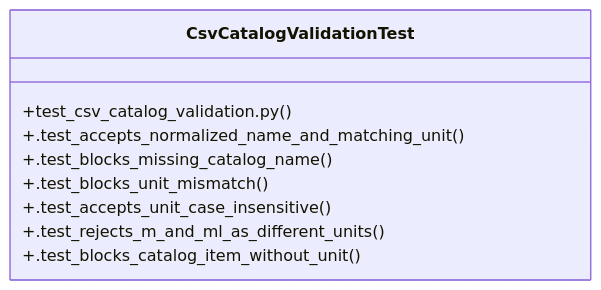
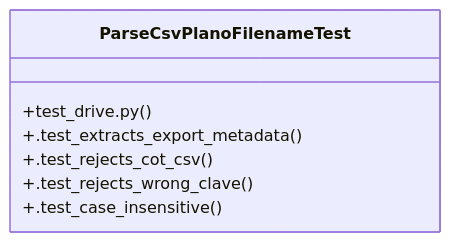
One commit to Daftrick/ProjectTracker changed the diagram in graphify-out/wiki/Community_23.md. Above: the diagram before and after it, drawn with Mermaid. The commit also changed other lines of this file and 413 other files, not shown here.

````diff
--- a/graphify-out/wiki/Community_23.md
+++ b/graphify-out/wiki/Community_23.md
@@ -24,12 +26,10 @@
 ```mermaid
 classDiagram
-    class CsvCatalogValidationTest {
-        +test_csv_catalog_validation.py()
-        +.test_accepts_normalized_name_and_matching_unit()
-        +.test_blocks_missing_catalog_name()
-        +.test_blocks_unit_mismatch()
-        +.test_accepts_unit_case_insensitive()
-        +.test_rejects_m_and_ml_as_different_units()
-        +.test_blocks_catalog_item_without_unit()
+    class ParseCsvPlanoFilenameTest {
+        +test_drive.py()
+        +.test_extracts_export_metadata()
+        +.test_rejects_cot_csv()
+        +.test_rejects_wrong_clave()
+        +.test_case_insensitive()
     }
 ```
````
